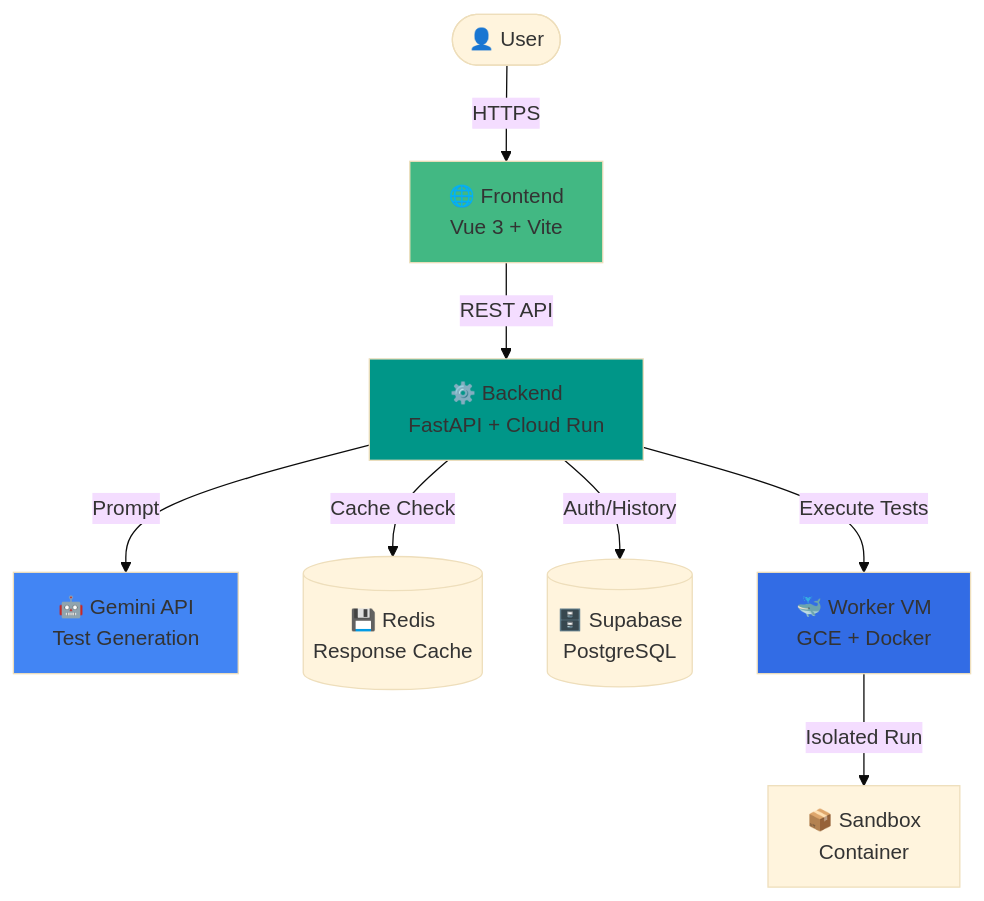
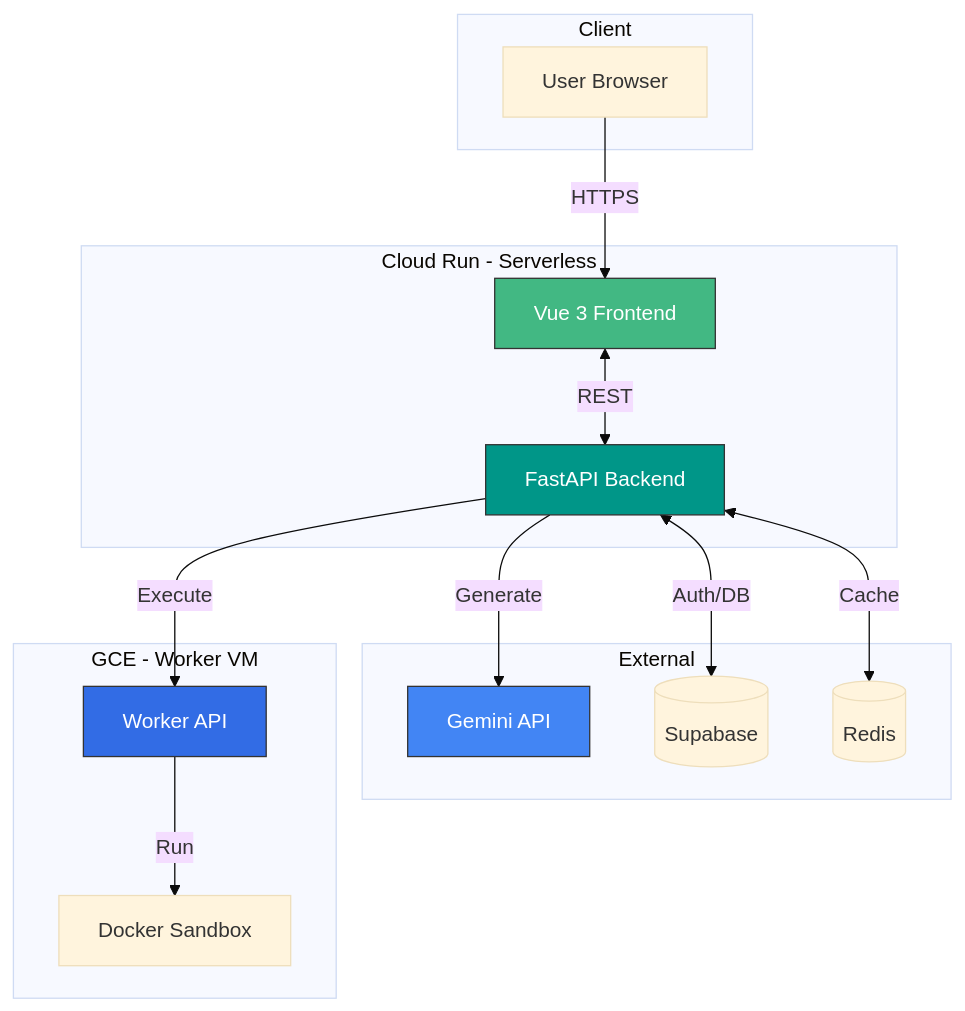
One commit to SJ-Son/TESTER changed the diagram in README.md. Above: the diagram before and after it, drawn with Mermaid (base theme). The commit also changed other lines of this file, not shown here.

````diff
--- a/README.md
+++ b/README.md
@@ -43,17 +30,35 @@
 ```mermaid
 graph TB
-    User([👤 User]) -->|HTTPS| Frontend[🌐 Frontend<br/>Vue 3 + Vite]
-    Frontend -->|REST API| Backend[⚙️ Backend<br/>FastAPI + Cloud Run]
+    subgraph Client
+        U[User Browser]
+    end
     
-    Backend -->|Prompt| Gemini[🤖 Gemini API<br/>Test Generation]
-    Backend -->|Cache Check| Redis[(💾 Redis<br/>Response Cache)]
-    Backend -->|Auth/History| Supabase[(🗄️ Supabase<br/>PostgreSQL)]
+    subgraph "Cloud Run - Serverless"
+        FE[Vue 3 Frontend]
+        BE[FastAPI Backend]
+    end
     
-    Backend -->|Execute Tests| Worker[🐳 Worker VM<br/>GCE + Docker]
-    Worker -->|Isolated Run| Sandbox[📦 Sandbox<br/>Container]
+    subgraph External
+        G[Gemini API]
+        S[(Supabase)]
+        R[(Redis)]
+    end
     
-    style Frontend fill:#42b883
-    style Backend fill:#009688
-    style Gemini fill:#4285f4
-    style Worker fill:#326ce5
+    subgraph "GCE - Worker VM"
+        W[Worker API]
+        D[Docker Sandbox]
+    end
+    
+    U -->|HTTPS| FE
+    FE <-->|REST| BE
+    BE -->|Generate| G
+    BE <-->|Cache| R
+    BE <-->|Auth/DB| S
+    BE -->|Execute| W
+    W -->|Run| D
+    
+    style FE fill:#42b883,stroke:#333,color:#fff
+    style BE fill:#009688,stroke:#333,color:#fff
+    style G fill:#4285f4,stroke:#333,color:#fff
+    style W fill:#326ce5,stroke:#333,color:#fff
 ```
````
